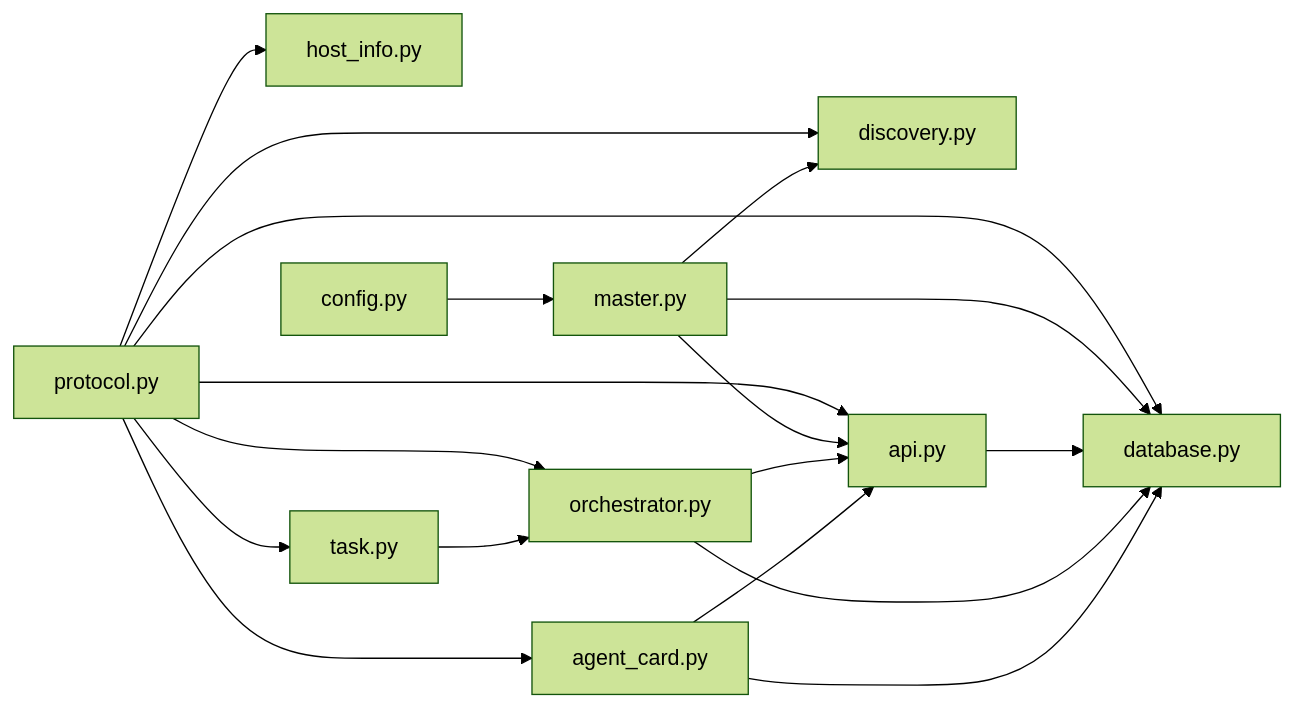
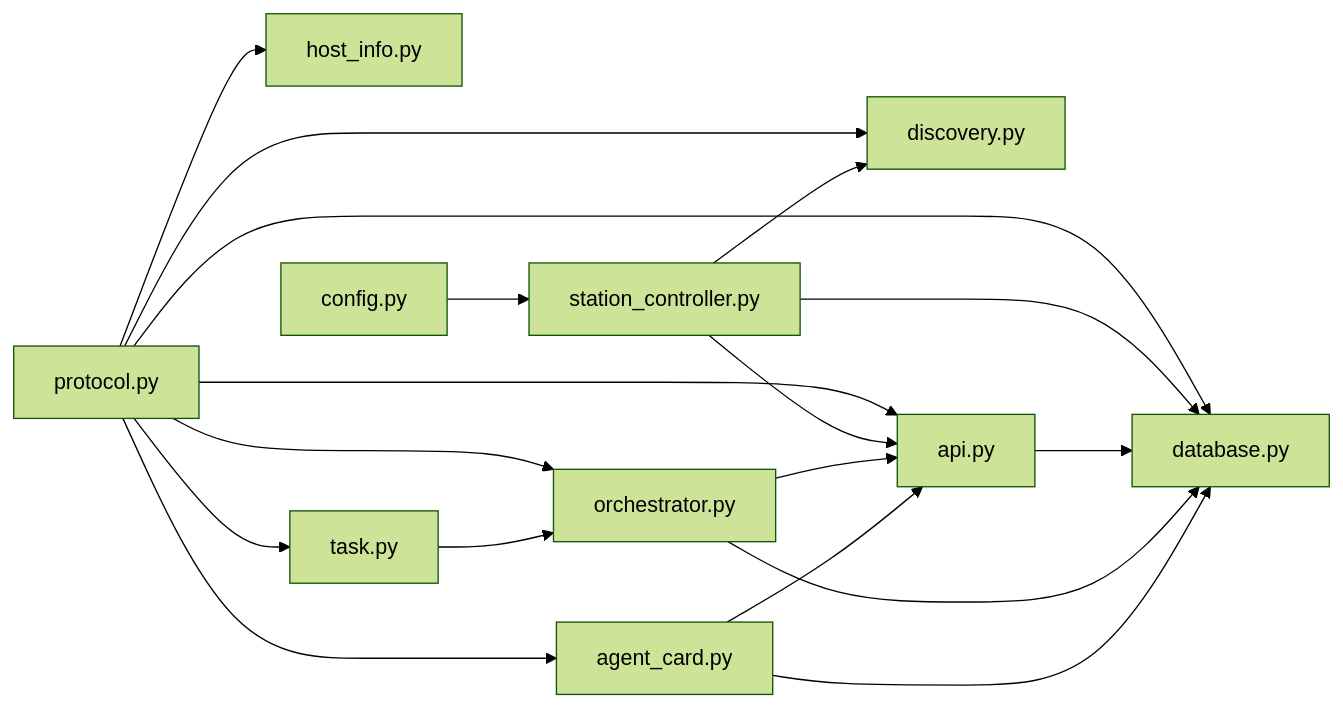
The eighth of 8 diagrams in .qoder/repowiki/zh/content/架构设计/Worker 代理/通信协议与消息格式/消息格式规范.md (targalian/Personal-distributed-workstation), drawn with Mermaid (forest theme) before and after one commit. The commit also changed other lines of this file and 63 other files, not shown here.

Commit message:
docs(station): 同步 repo wiki 至 station_controller/station_api 架构

````diff
--- a/.qoder/repowiki/zh/content/架构设计/Worker 代理/通信协议与消息格式/消息格式规范.md
+++ b/.qoder/repowiki/zh/content/架构设计/Worker 代理/通信协议与消息格式/消息格式规范.md
@@ -572,20 +572,20 @@
 ```mermaid
 graph LR
 Protocol["protocol.py"] --> Discovery["discovery.py"]
 Protocol --> HostInfo["host_info.py"]
 Protocol --> AgentCard["agent_card.py"]
 Protocol --> TaskMod["task.py"]
 Protocol --> Orchestrator["orchestrator.py"]
 Protocol --> API["api.py"]
 Protocol --> Database["database.py"]
-Config["config.py"] --> Master["master.py"]
+Config["config.py"] --> Master["station_controller.py"]
 Master --> Discovery
 Master --> API
 Master --> Database
 API --> Database
 Orchestrator --> API
 Orchestrator --> Database
 TaskMod --> Orchestrator
 AgentCard --> API
 AgentCard --> Database
 ```
````
